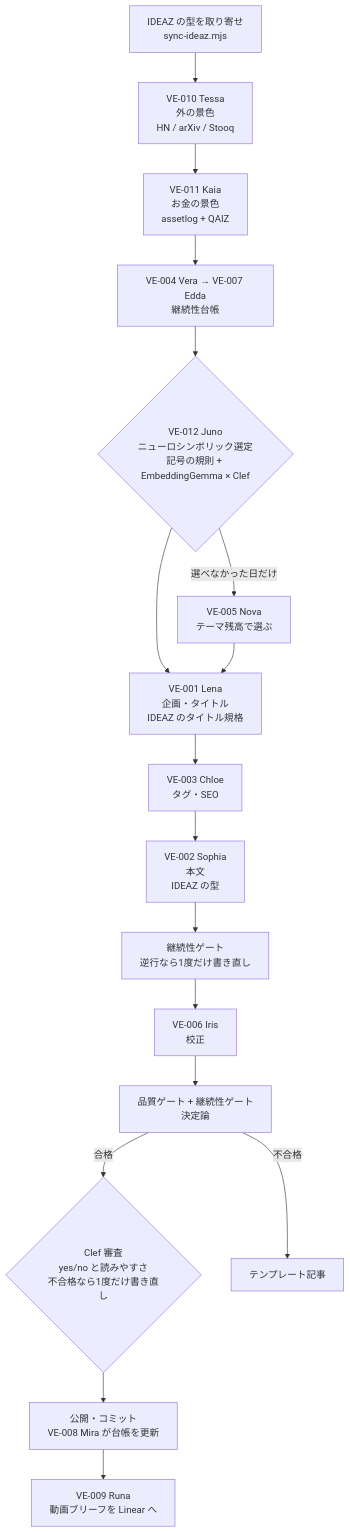
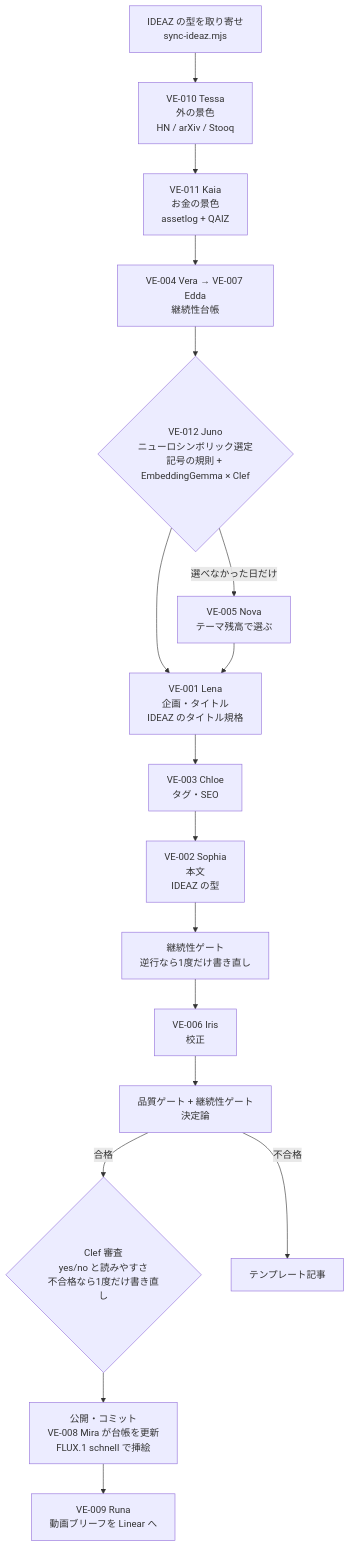
Before and after one commit to gentaron/genesisvault: the diagram in README.md, drawn with Mermaid. The commit also changed other lines of this file and 17 other files, not shown here.

First line of the commit message:
feat(art): 記事の挿絵（決定論 SVG + FLUX.1 schnell 無料枠）と Magic Move（View Transitions）+ CSS だけの動き 12 種

````diff
--- a/README.md
+++ b/README.md
@@ -60,20 +60,20 @@
 ```mermaid
 flowchart TD
   S[IDEAZ の型を取り寄せ<br/>sync-ideaz.mjs] --> T
   T[VE-010 Tessa<br/>外の景色<br/>HN / arXiv / Stooq] --> K
   K[VE-011 Kaia<br/>お金の景色<br/>assetlog + QAIZ] --> V
   V[VE-004 Vera → VE-007 Edda<br/>継続性台帳] --> J
   J{VE-012 Juno<br/>ニューロシンボリック選定<br/>記号の規則 + EmbeddingGemma × Clef}
   J -->|選べなかった日だけ| N[VE-005 Nova<br/>テーマ残高で選ぶ]
   J --> L
   N --> L
   L[VE-001 Lena<br/>企画・タイトル<br/>IDEAZ のタイトル規格] --> C[VE-003 Chloe<br/>タグ・SEO]
   C --> W[VE-002 Sophia<br/>本文<br/>IDEAZ の型]
   W --> G1[継続性ゲート<br/>逆行なら1度だけ書き直し]
   G1 --> I[VE-006 Iris<br/>校正]
   I --> G2[品質ゲート + 継続性ゲート<br/>決定論]
   G2 -->|合格| CR{Clef 審査<br/>yes/no と読みやすさ<br/>不合格なら1度だけ書き直し}
-  CR --> P[公開・コミット<br/>VE-008 Mira が台帳を更新]
+  CR --> P[公開・コミット<br/>VE-008 Mira が台帳を更新<br/>FLUX.1 schnell で挿絵]
   G2 -->|不合格| F[テンプレート記事]
   P --> R[VE-009 Runa<br/>動画ブリーフを Linear へ]
 ```
````
